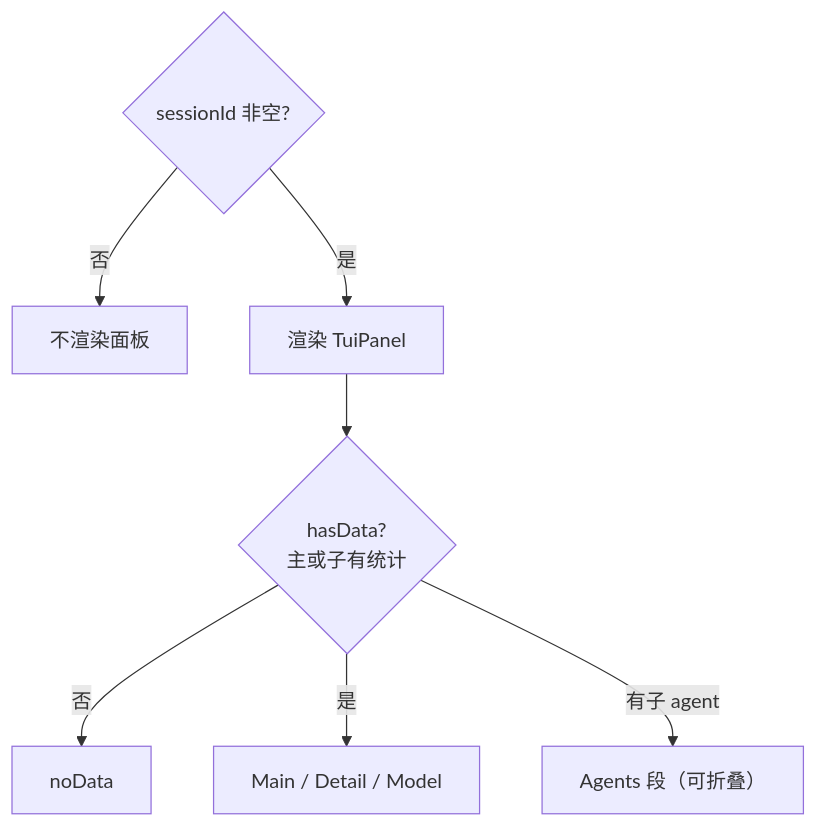
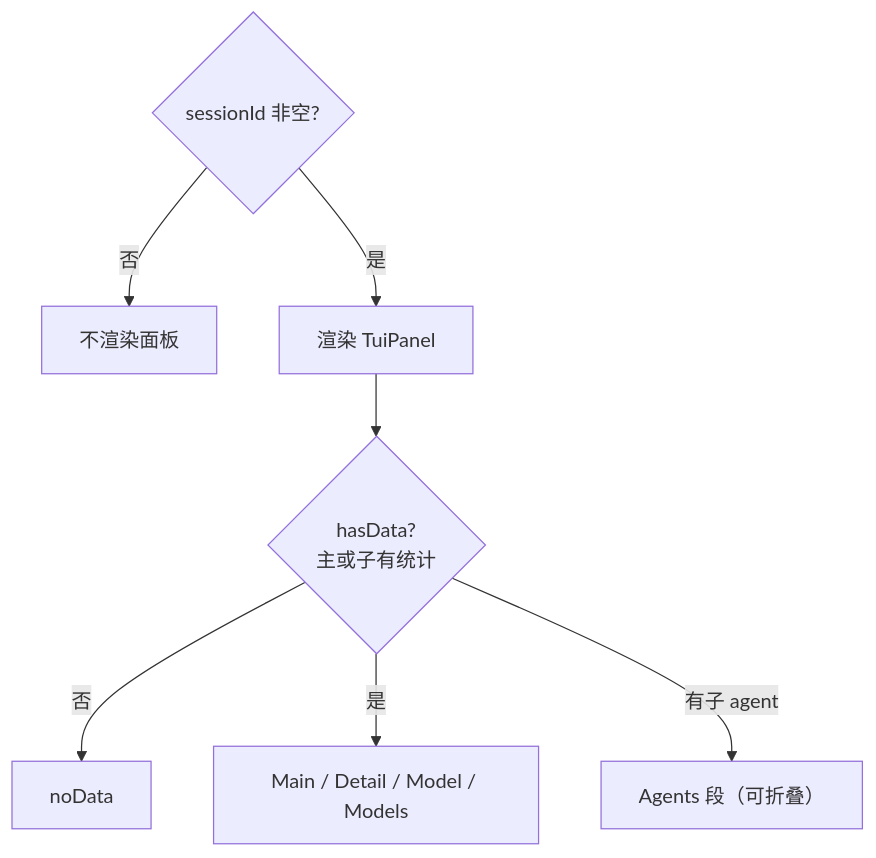
Before and after one commit to zhumengzhu/opencode-cache-hit: the fourth of 4 diagrams in docs/zh-CN/design.md, drawn with Mermaid. The commit also changed other lines of this file and 34 other files, not shown here.

````diff
--- a/docs/zh-CN/design.md
+++ b/docs/zh-CN/design.md
@@ -193,10 +202,10 @@
 ```mermaid
 flowchart TD
   S{sessionId 非空?}
   S -->|否| H[不渲染面板]
   S -->|是| P[渲染 TuiPanel]
   P --> D{hasData?<br/>主或子有统计}
   D -->|否| ND[noData]
-  D -->|是| MAIN[Main / Detail / Model]
+  D -->|是| MAIN[Main / Detail / Model / Models]
   D -->|有子 agent| AG[Agents 段（可折叠）]
 ```
````
